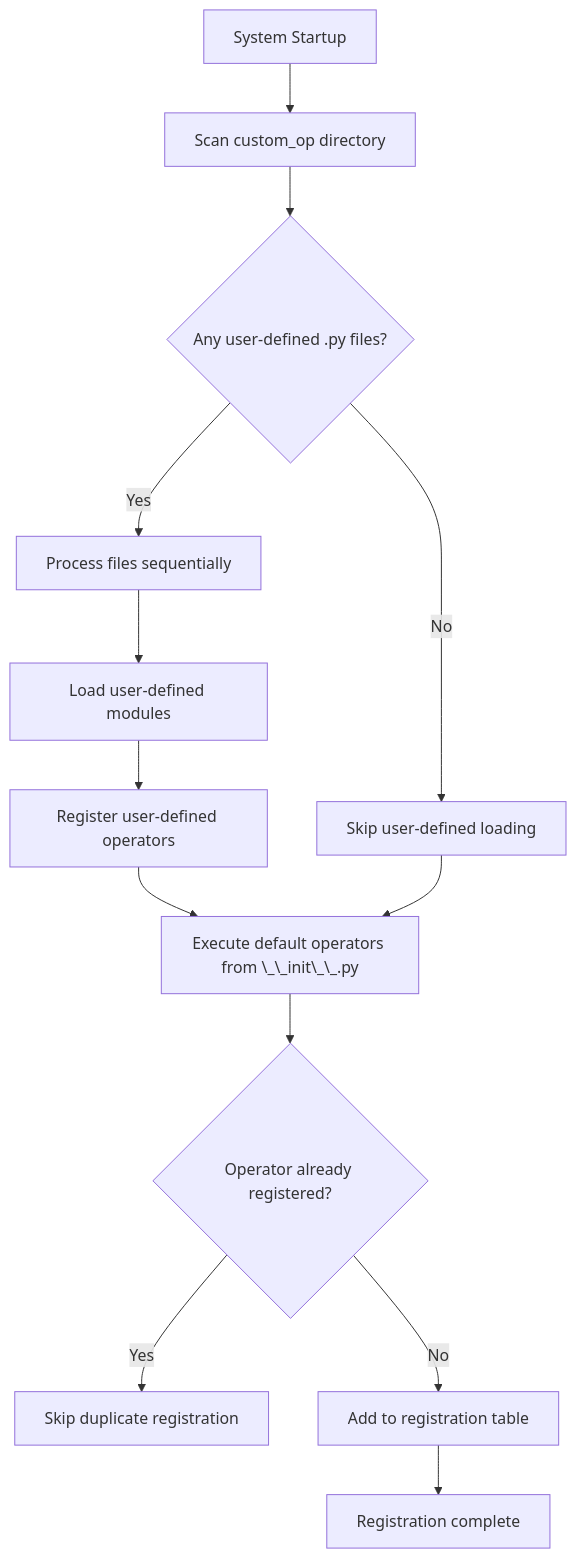
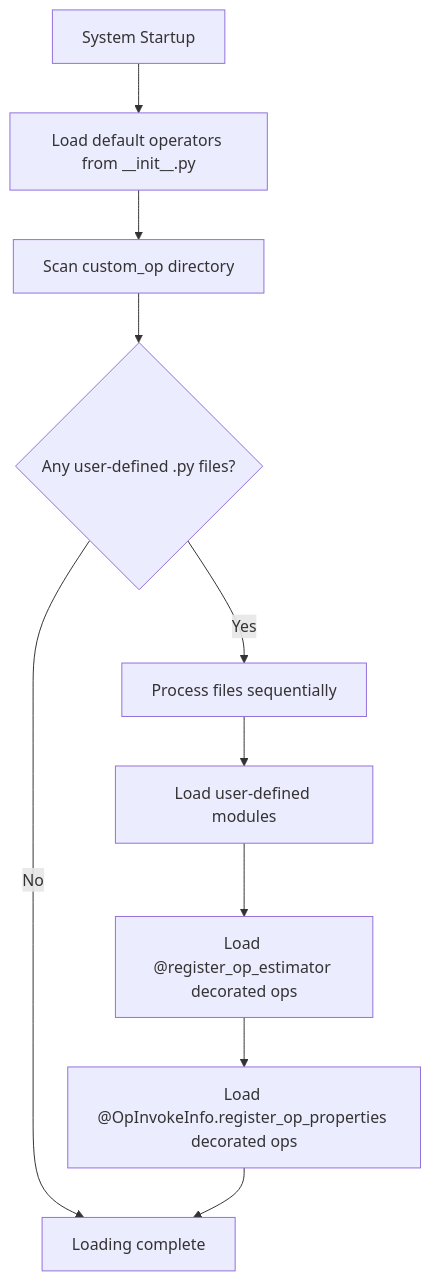
The diagram in docs/RFC/rfc_custom_operator_modeling_support_en.md (Horacehxw/msModeling), drawn with Mermaid before and after one commit. The commit also changed other lines of this file and 12 other files, not shown here.

Commit message:
1、Move operator performance modeling to __init__.py and change registration order to: default implementation → user-defined. 2、Add usage instructions and a custom modeling loading flowchart to the RFC document. 3、Add logging messages. 4、model.py renanmed to base.py

````diff
--- a/docs/RFC/rfc_custom_operator_modeling_support_en.md
+++ b/docs/RFC/rfc_custom_operator_modeling_support_en.md
@@ -34,15 +38,12 @@
 ```mermaid
 graph TD
-    A[System Startup] --> B[Scan custom_op directory]
-    B --> C{Any user-defined .py files?}
-    C -->|No| D[Skip user-defined loading]
-    C -->|Yes| E[Process files sequentially]
-    E --> F[Load user-defined modules]
-    F --> G[Register user-defined operators]
-    G --> H[Execute default operators from \_\_init\_\_.py]
-    H --> I{Operator already registered?}
-    I -->|Yes| J[Skip duplicate registration]
-    I -->|No| K[Add to registration table]
-    K --> L[Registration complete]
-    D --> H
+    A[System Startup] --> B[Load default operators from __init__.py]
+    B --> C[Scan custom_op directory]
+    C --> D{Any user-defined .py files?}
+    D -->|No| E[Loading complete]
+    D -->|Yes| F[Process files sequentially]
+    F --> G[Load user-defined modules]
+    G --> H[Load @register_op_estimator decorated ops]
+    H --> I[Load @OpInvokeInfo.register_op_properties decorated ops]
+    I --> E[Loading complete]
 ```
````
